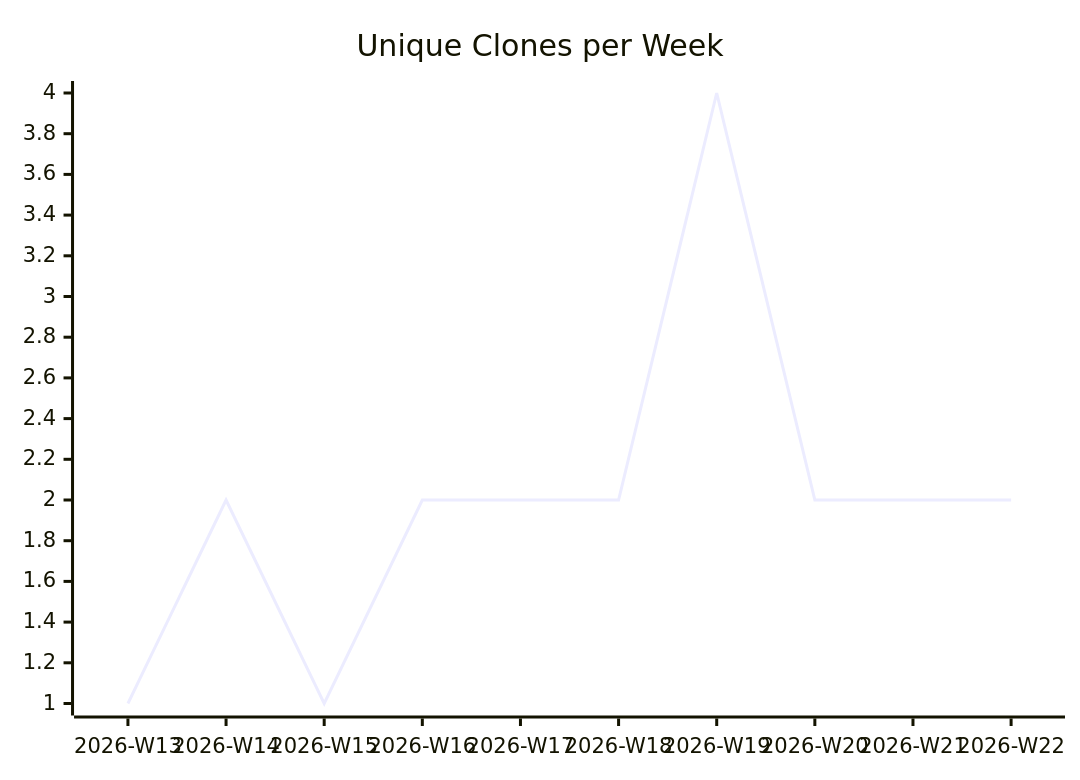
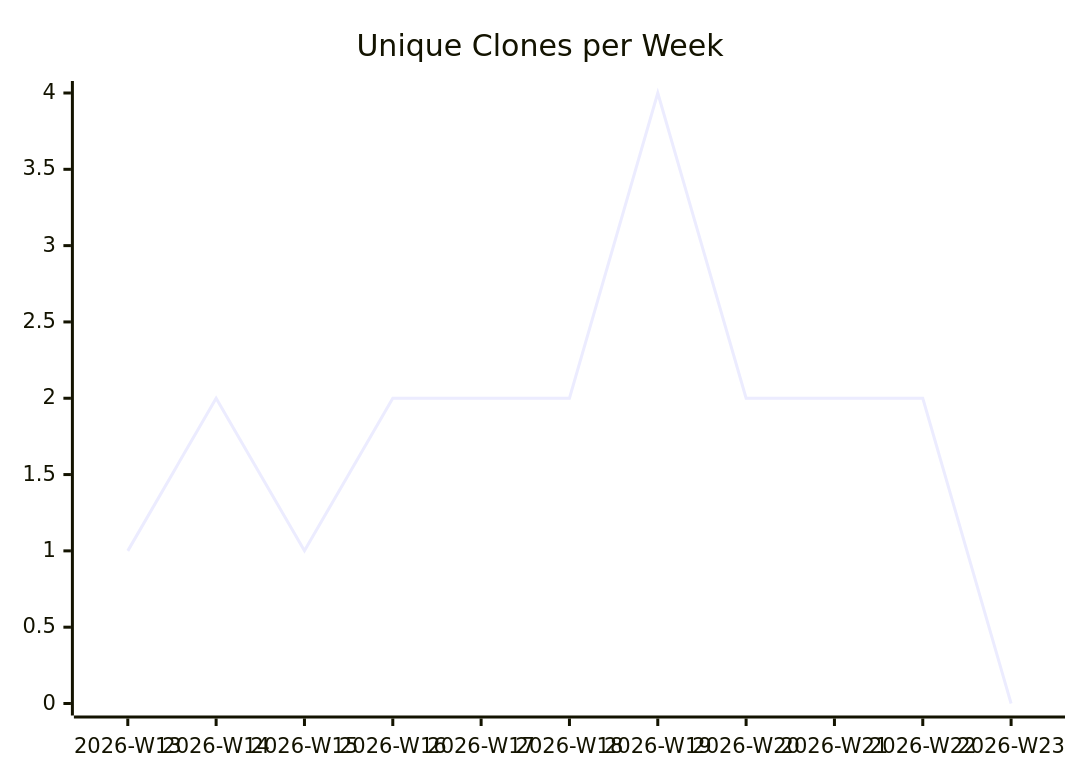
One commit to justdavis-family/github-analytics-data changed the third of 3 diagrams in karlmdavis/sample-maven-and-rcp/README.md. Above: the diagram before and after it, drawn with Mermaid. The commit also changed other lines of this file and 186 other files, not shown here.

````diff
--- a/karlmdavis/sample-maven-and-rcp/README.md
+++ b/karlmdavis/sample-maven-and-rcp/README.md
@@ -19,6 +19,6 @@
 ```mermaid
 xychart-beta
   title "Unique Clones per Week"
-  x-axis ["2026-W13", "2026-W14", "2026-W15", "2026-W16", "2026-W17", "2026-W18", "2026-W19", "2026-W20", "2026-W21", "2026-W22"]
-  line [1, 2, 1, 2, 2, 2, 4, 2, 2, 2]
+  x-axis ["2026-W13", "2026-W14", "2026-W15", "2026-W16", "2026-W17", "2026-W18", "2026-W19", "2026-W20", "2026-W21", "2026-W22", "2026-W23"]
+  line [1, 2, 1, 2, 2, 2, 4, 2, 2, 2, 0]
 ```
````
